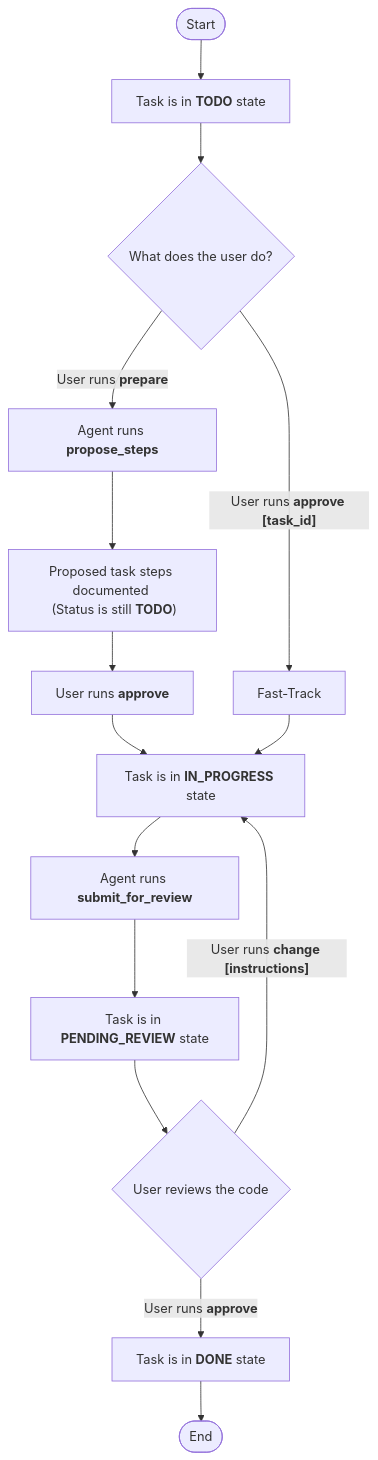
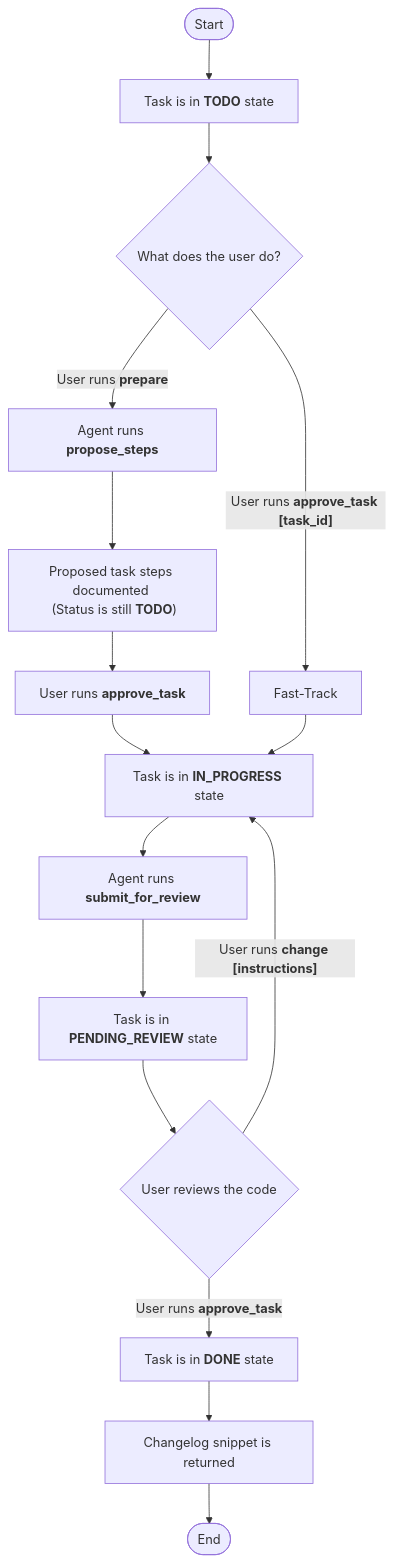
Before and after one commit to sgrade/plan-manager: the second of 2 diagrams in docs/project_workflow.md, drawn with Mermaid. The commit also changed 8 other files, not shown here.

First line of the commit message:
feat: structured io of approve_task and streamlined changelog

````diff
--- a/docs/project_workflow.md
+++ b/docs/project_workflow.md
@@ -31,24 +31,25 @@
 ```mermaid
 graph TD
     A([Start]) --> B[Task is in <strong>TODO</strong> state];
     B --> C{What does the user do?};
     
     C -- User runs <strong>prepare</strong> --> D[Agent runs <strong>propose_steps</strong>];
     D --> E["Proposed task steps documented <br> (Status is still <strong>TODO</strong>)"];
-    E --> F["User runs <strong>approve</strong>"];
+    E --> F["User runs <strong>approve_task</strong>"];
     
-    C -- User runs <strong>approve [task_id]</strong> --> G[Fast-Track];
+    C -- User runs <strong>approve_task [task_id]</strong> --> G[Fast-Track];
     
     F --> H[Task is in <strong>IN_PROGRESS</strong> state];
     G --> H;
     
     H --> I["Agent runs <strong>submit_for_review</strong>"];
     I --> J[Task is in <strong>PENDING_REVIEW</strong> state];
     
     J --> K{User reviews the code};
-    K -- User runs <strong>approve</strong> --> L[Task is in <strong>DONE</strong> state];
+    K -- User runs <strong>approve_task</strong> --> L[Task is in <strong>DONE</strong> state];
     K -- User runs <strong>change [instructions]</strong> --> H;
     
-    L --> M([End]);
+    L --> L2["Changelog snippet is returned"];
+    L2 --> M([End]);
 
 ```
````
